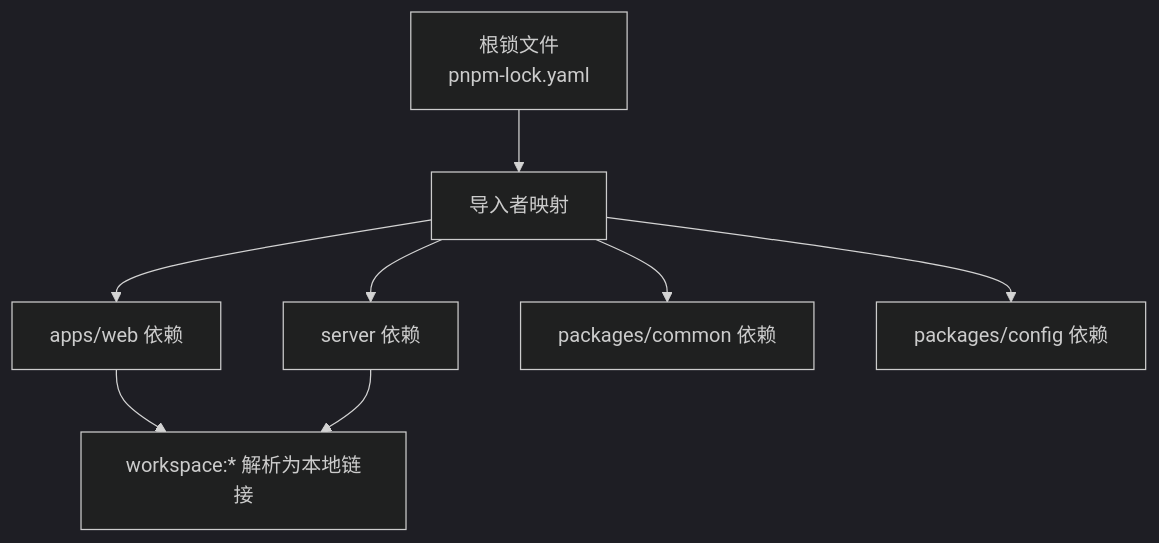
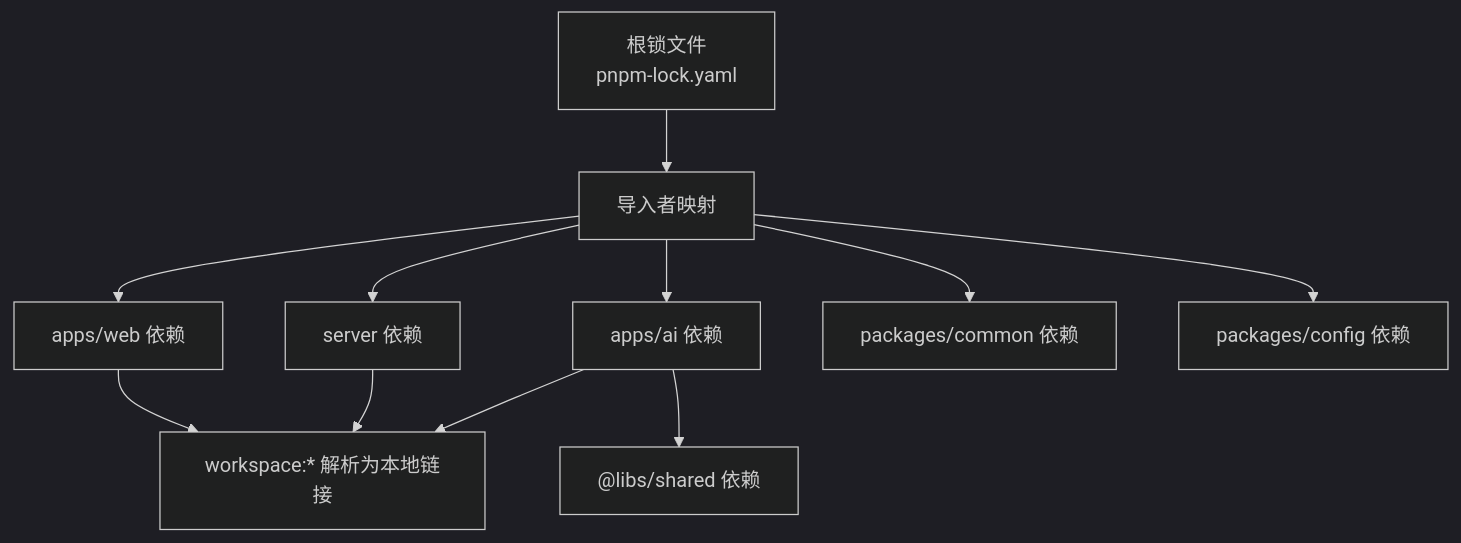
Before and after one commit to LihaoZDB/English-Study: the seventh of 7 diagrams in .qoder/repowiki/zh/content/配置管理/包管理配置.md, drawn with Mermaid (dark theme). The commit also changed other lines of this file and 9 other files, not shown here.

````diff
--- a/.qoder/repowiki/zh/content/配置管理/包管理配置.md
+++ b/.qoder/repowiki/zh/content/配置管理/包管理配置.md
@@ -267,10 +314,13 @@
 ```mermaid
 graph TB
 Root["根锁文件<br/>pnpm-lock.yaml"] --> Importers["导入者映射"]
 Importers --> WebImp["apps/web 依赖"]
 Importers --> SrvImp["server 依赖"]
+Importers --> AImp["apps/ai 依赖"]
 Importers --> PkgCommonImp["packages/common 依赖"]
 Importers --> PkgConfigImp["packages/config 依赖"]
 WebImp --> WSLink["workspace:* 解析为本地链接"]
 SrvImp --> WSLink
+AImp --> WSLink
+AImp --> SharedDep["@libs/shared 依赖"]
 ```
````
